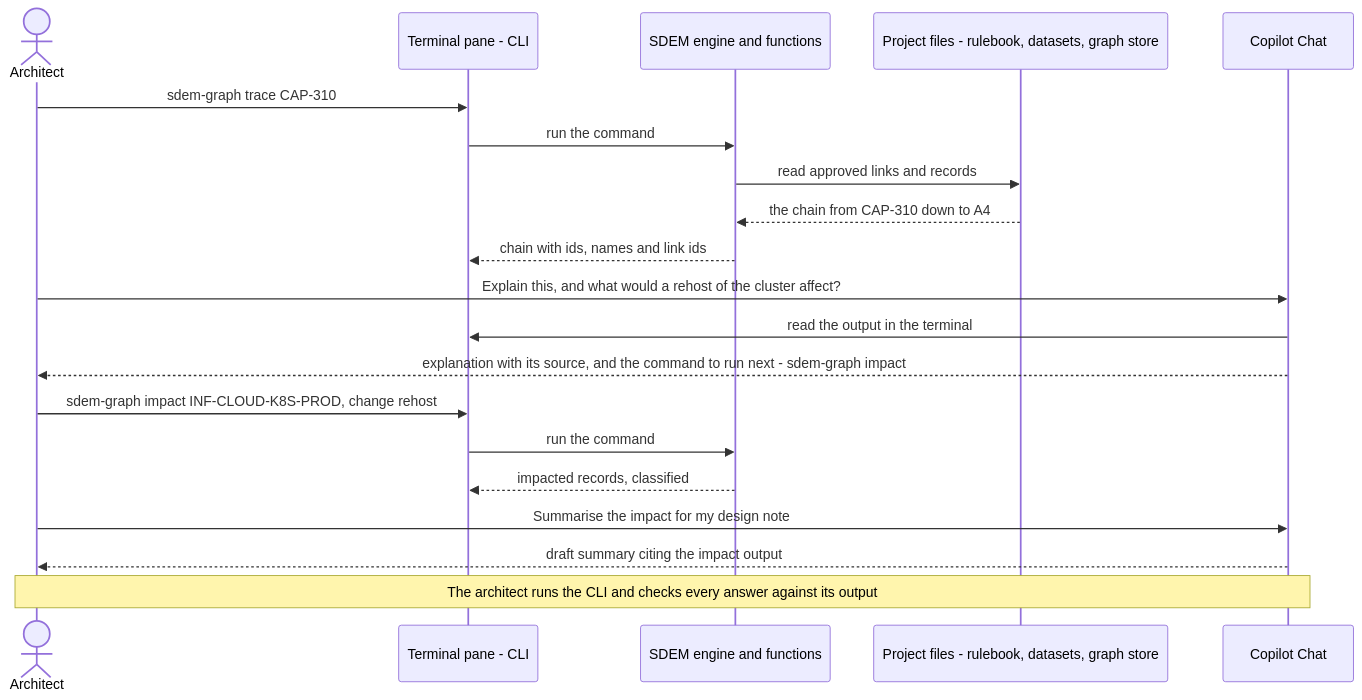
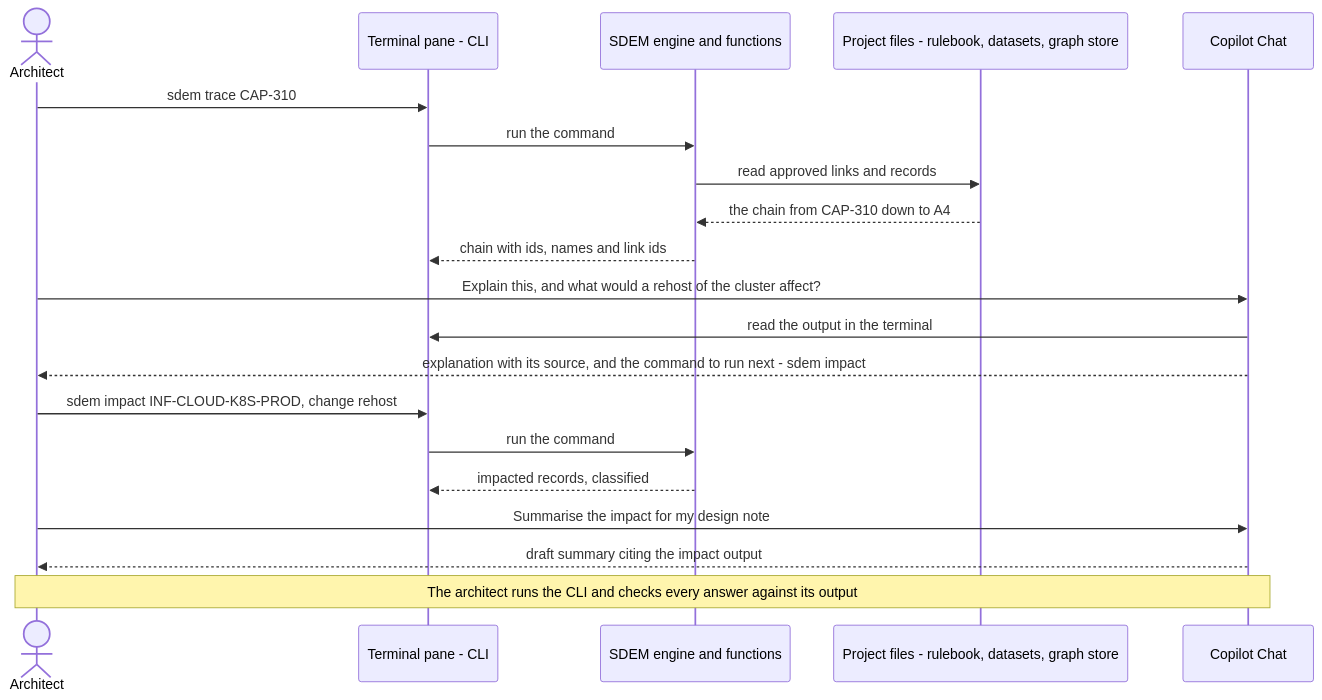
Before and after one commit to taumoeps/bian-sdem-framework: the second of 6 diagrams in docs/sdem-workbench-design.md, drawn with Mermaid. The commit also changed other lines of this file and 11 other files, not shown here.

````diff
--- a/docs/sdem-workbench-design.md
+++ b/docs/sdem-workbench-design.md
@@ -127,22 +127,22 @@
 ```mermaid
 sequenceDiagram
     actor A as Architect
     participant T as Terminal pane - CLI
     participant S as SDEM engine and functions
     participant F as Project files - rulebook, datasets, graph store
     participant C as Copilot Chat
-    A->>T: sdem-graph trace CAP-310
+    A->>T: sdem trace CAP-310
     T->>S: run the command
     S->>F: read approved links and records
     F-->>S: the chain from CAP-310 down to A4
     S-->>T: chain with ids, names and link ids
     A->>C: Explain this, and what would a rehost of the cluster affect?
     C->>T: read the output in the terminal
-    C-->>A: explanation with its source, and the command to run next - sdem-graph impact
-    A->>T: sdem-graph impact INF-CLOUD-K8S-PROD, change rehost
+    C-->>A: explanation with its source, and the command to run next - sdem impact
+    A->>T: sdem impact INF-CLOUD-K8S-PROD, change rehost
     T->>S: run the command
     S-->>T: impacted records, classified
     A->>C: Summarise the impact for my design note
     C-->>A: draft summary citing the impact output
     Note over A,C: The architect runs the CLI and checks every answer against its output
 ```
````
